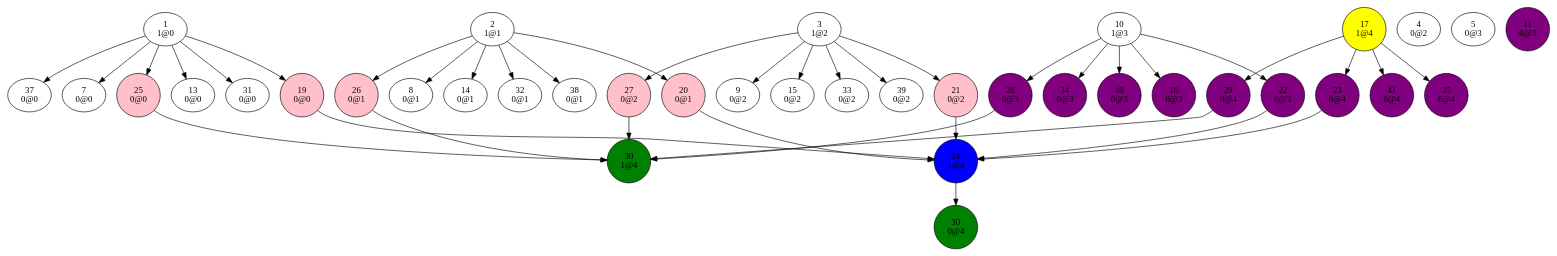
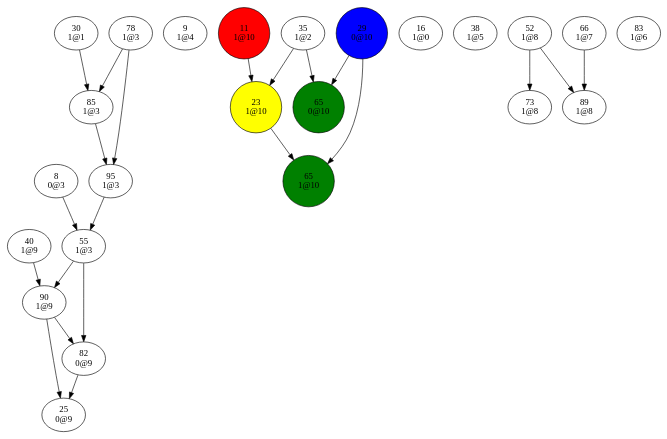
Before and after one commit to Oxmose/SATSolver: the diagram in dev/bin/conflictGraph5.dot, drawn with Graphviz. The commit also changed 18 other files, not shown here.

```diff
--- a/dev/bin/conflictGraph5.dot
+++ b/dev/bin/conflictGraph5.dot
@@ -1,200 +1,93 @@
 digraph {
-"1
-1@0"->"7
-0@0";
-"1
-1@0"->"13
-0@0";
-"1
-1@0"->"19
-0@0";
-"1
-1@0"->"25
-0@0";
-"1
-1@0"->"31
-0@0";
-"1
-1@0"->"37
-0@0";
-"2
-1@1"->"8
-0@1";
-"2
-1@1"->"14
-0@1";
-"2
-1@1"->"20
-0@1";
-"2
-1@1"->"26
-0@1";
-"2
-1@1"->"32
-0@1";
-"2
-1@1"->"38
-0@1";
-"3
-1@2"->"9
-0@2";
-"3
-1@2"->"15
-0@2";
-"3
-1@2"->"21
-0@2";
-"3
-1@2"->"27
-0@2";
-"3
-1@2"->"33
-0@2";
-"3
-1@2"->"39
-0@2";
-"4
-0@2";
-"5
-0@3";
-"7
-0@0";
 "8
-0@1";
+0@3"->"55
+1@3";
 "9
-0@2";
-"10
-1@3"->"16
-0@3";
-"10
-1@3"->"22
-0@3";
-"10
-1@3"->"28
-0@3";
-"10
-1@3"->"34
-0@3";
-"10
-1@3"->"40
-0@3";
+1@4";
 "11
-0@3";
-"13
-0@0";
-"14
-0@1";
-"15
-0@2";
+1@10"->"23
+1@10";
 "16
-0@3";
-"17
-1@4"->"23
-0@4";
-"17
-1@4"->"29
-0@4";
-"17
-1@4"->"35
-0@4";
-"17
-1@4"->"41
-0@4";
-"19
-0@0"->"24
-1@4";
-"20
-0@1"->"24
-1@4";
-"21
-0@2"->"24
-1@4";
-"22
-0@3"->"24
-1@4";
+1@0";
 "23
-0@4"->"24
-1@4";
-"24
-1@4"->"30
-0@4";
+1@10"->"65
+1@10";
 "25
-0@0"->"30
-1@4";
-"26
-0@1"->"30
-1@4";
-"27
-0@2"->"30
-1@4";
-"28
-0@3"->"30
-1@4";
+0@9";
 "29
-0@4"->"30
-1@4";
+0@10"->"65
+0@10";
+"29
+0@10"->"65
+1@10";
 "30
-0@4";
-"30
-1@4";
-"31
-0@0";
-"32
-0@1";
-"33
-0@2";
-"34
-0@3";
+1@1"->"85
+1@3";
 "35
-0@4";
-"37
-0@0";
+1@2"->"23
+1@10";
+"35
+1@2"->"65
+0@10";
 "38
-0@1";
-"39
-0@2";
+1@5";
 "40
-0@3";
-"41
-0@4";
+1@9"->"90
+1@9";
+"52
+1@8"->"73
+1@8";
+"52
+1@8"->"89
+1@8";
+"55
+1@3"->"82
+0@9";
+"55
+1@3"->"90
+1@9";
+"65
+0@10";
+"65
+1@10";
+"66
+1@7"->"89
+1@8";
+"73
+1@8";
+"78
+1@3"->"85
+1@3";
+"78
+1@3"->"95
+1@3";
+"82
+0@9"->"25
+0@9";
+"83
+1@6";
+"85
+1@3"->"95
+1@3";
+"89
+1@8";
+"90
+1@9"->"25
+0@9";
+"90
+1@9"->"82
+0@9";
+"95
+1@3"->"55
+1@3";
 "11
-0@3"[shape=circle, style=filled, fillcolor=purple];
-"16
-0@3"[shape=circle, style=filled, fillcolor=purple];
-"17
-1@4"[shape=circle, style=filled, fillcolor=yellow];
-"19
-0@0"[shape=circle, style=filled, fillcolor=pink];
-"20
-0@1"[shape=circle, style=filled, fillcolor=pink];
-"21
-0@2"[shape=circle, style=filled, fillcolor=pink];
-"22
-0@3"[shape=circle, style=filled, fillcolor=purple];
+1@10"[shape=circle, style=filled, fillcolor=red];
 "23
-0@4"[shape=circle, style=filled, fillcolor=purple];
-"24
-1@4"[shape=circle, style=filled, fillcolor=blue];
-"25
-0@0"[shape=circle, style=filled, fillcolor=pink];
-"26
-0@1"[shape=circle, style=filled, fillcolor=pink];
-"27
-0@2"[shape=circle, style=filled, fillcolor=pink];
-"28
-0@3"[shape=circle, style=filled, fillcolor=purple];
+1@10"[shape=circle, style=filled, fillcolor=yellow];
 "29
-0@4"[shape=circle, style=filled, fillcolor=purple];
-"30
-0@4"[shape=circle, style=filled, fillcolor=green];
-"30
-1@4"[shape=circle, style=filled, fillcolor=green];
-"34
-0@3"[shape=circle, style=filled, fillcolor=purple];
-"35
-0@4"[shape=circle, style=filled, fillcolor=purple];
-"40
-0@3"[shape=circle, style=filled, fillcolor=purple];
-"41
-0@4"[shape=circle, style=filled, fillcolor=purple];
+0@10"[shape=circle, style=filled, fillcolor=blue];
+"65
+0@10"[shape=circle, style=filled, fillcolor=green];
+"65
+1@10"[shape=circle, style=filled, fillcolor=green];
 }
```
